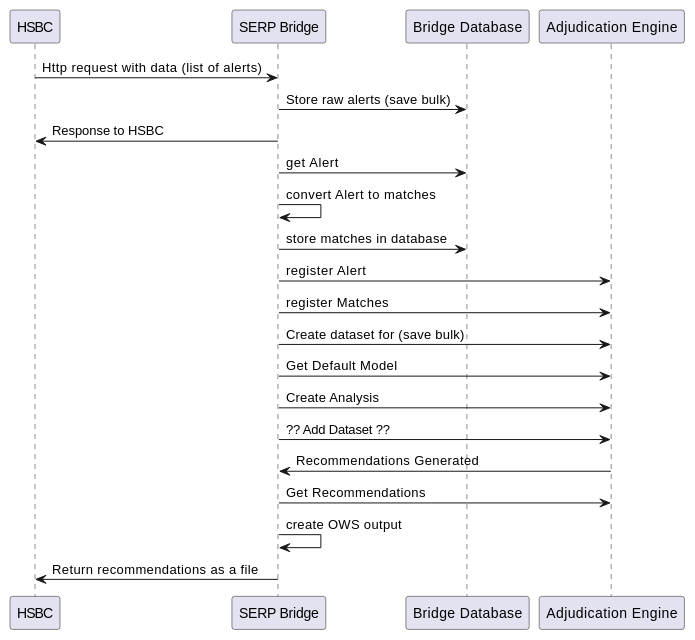
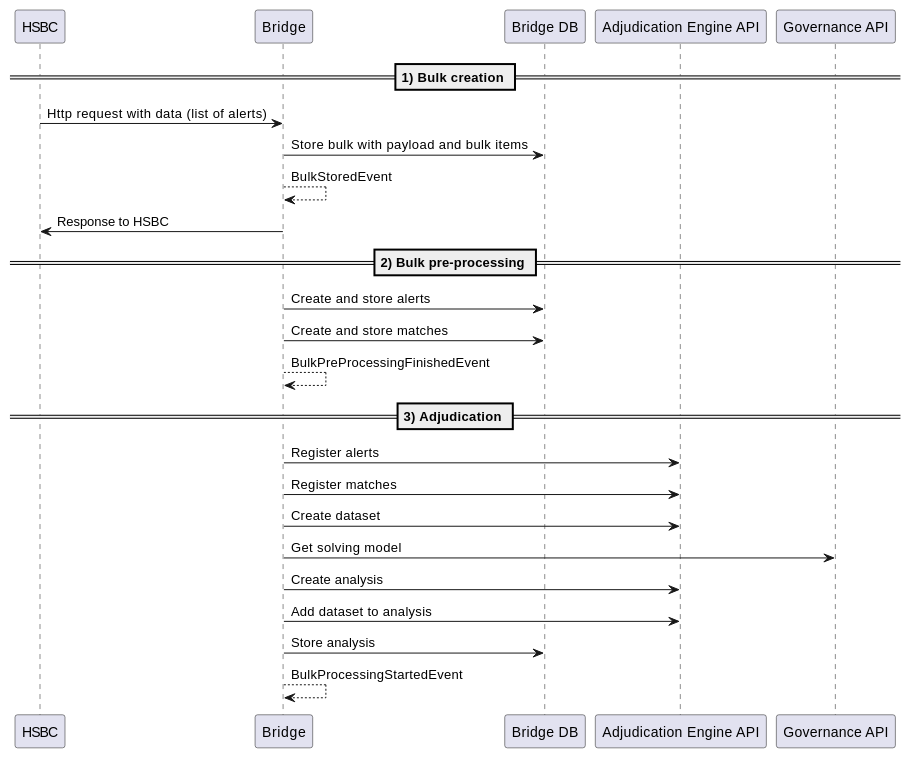
Before and after one commit to ngraczykowski/iris-root: the diagram in modules/hsbc-bridge/docs/diagrams/bridge-bulk-processing.adoc, drawn with PlantUML. The commit also changed 14 other files, not shown here.

```diff
--- a/modules/hsbc-bridge/docs/diagrams/bridge-bulk-processing.adoc
+++ b/modules/hsbc-bridge/docs/diagrams/bridge-bulk-processing.adoc
@@ -1,28 +1,32 @@
 [plantuml,importing-steps,svg]
 -----
 @startuml
 participant HSBC as a
-participant "SERP Bridge" as b
-participant "Bridge Database" as c
-participant "Adjudication Engine" as d
+participant "Bridge" as b
+participant "Bridge DB" as c
+participant "Adjudication Engine API" as d
+participant "Governance API" as e
 
+== **1) Bulk creation** ==
+a -> b: Http request with data (list of alerts)
+b -> c: Store bulk with payload and bulk items
+b --> b: BulkStoredEvent
+b -> a: Response to HSBC
 
-a -> b: Http request with data (list of alerts)
-b -> c: Store raw alerts (save bulk)
-b -> a: Response to HSBC
-b -> c: get Alert
-b -> b: convert Alert to matches
-b -> c: store matches in database
-b -> d: register Alert
-b -> d: register Matches
-b -> d: Create dataset for (save bulk)
-b -> d: Get Default Model
-b -> d: Create Analysis
-b -> d: ?? Add Dataset ??
-d -> b: Recommendations Generated
-b -> d: Get Recommendations
-b -> b: create OWS output
-b -> a: Return recommendations as a file
+== **2) Bulk pre-processing** ==
+b -> c: Create and store alerts
+b -> c: Create and store matches
+b --> b: BulkPreProcessingFinishedEvent
+
+== **3) Adjudication** ==
+b -> d: Register alerts
+b -> d: Register matches
+b -> d: Create dataset
+b -> e: Get solving model
+b -> d: Create analysis
+b -> d: Add dataset to analysis
+b -> c: Store analysis
+b --> b: BulkProcessingStartedEvent
 
 @enduml
 -----
```
